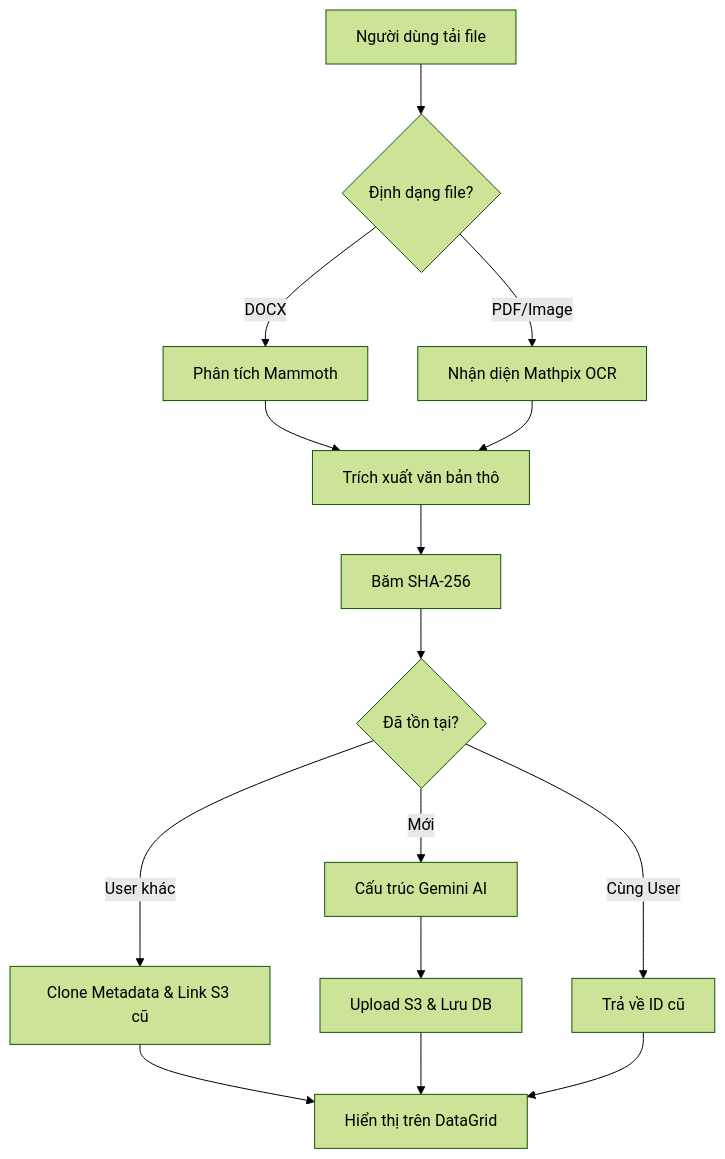
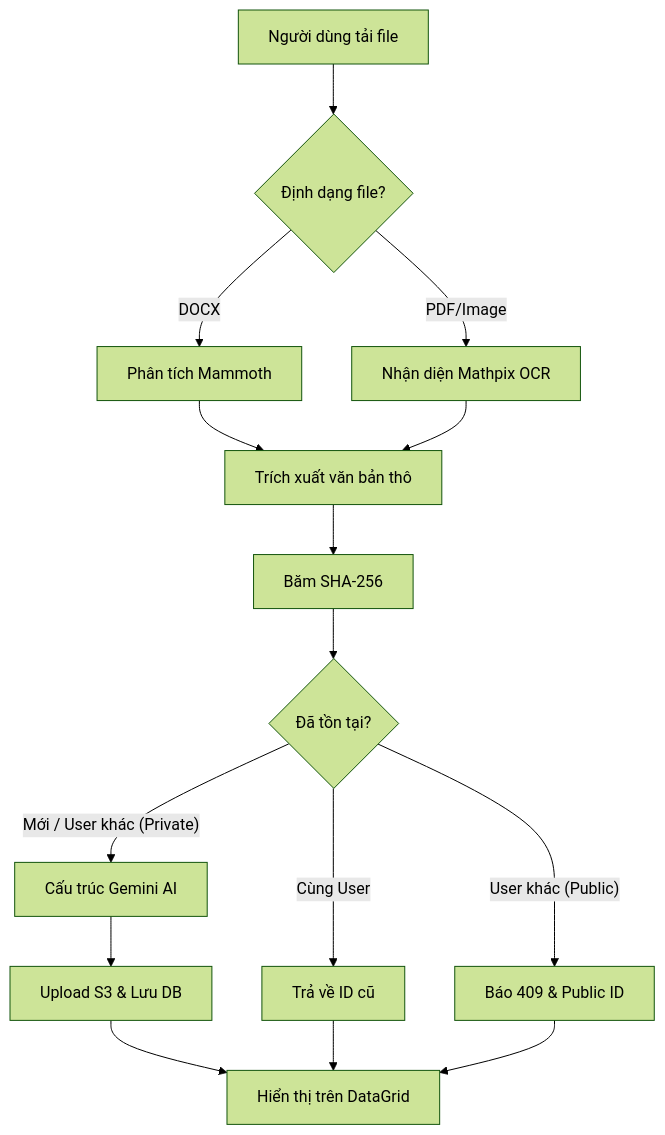
Before and after one commit to chipdien/project_questionbank: the diagram in docs/architecture/architecture.md, drawn with Mermaid (forest theme). The commit also changed other lines of this file and 10 other files, not shown here.

````diff
--- a/docs/architecture/architecture.md
+++ b/docs/architecture/architecture.md
@@ -29,17 +29,17 @@
 ```mermaid
 graph TD
     A[Người dùng tải file] --> B{Định dạng file?}
     B -- DOCX --> C[Phân tích Mammoth]
     B -- PDF/Image --> D[Nhận diện Mathpix OCR]
     C --> E[Trích xuất văn bản thô]
     D --> E
     E --> F[Băm SHA-256]
     F --> G{Đã tồn tại?}
     G -- Cùng User --> H[Trả về ID cũ]
-    G -- User khác --> I[Clone Metadata & Link S3 cũ]
-    G -- Mới --> K[Cấu trúc Gemini AI]
+    G -- User khác (Public) --> I[Báo 409 & Public ID]
+    G -- Mới / User khác (Private) --> K[Cấu trúc Gemini AI]
     K --> L[Upload S3 & Lưu DB]
-    I --> M[Hiển thị trên DataGrid]
-    L --> M
+    L --> M[Hiển thị trên DataGrid]
     H --> M
+    I --> M
 ```
````
